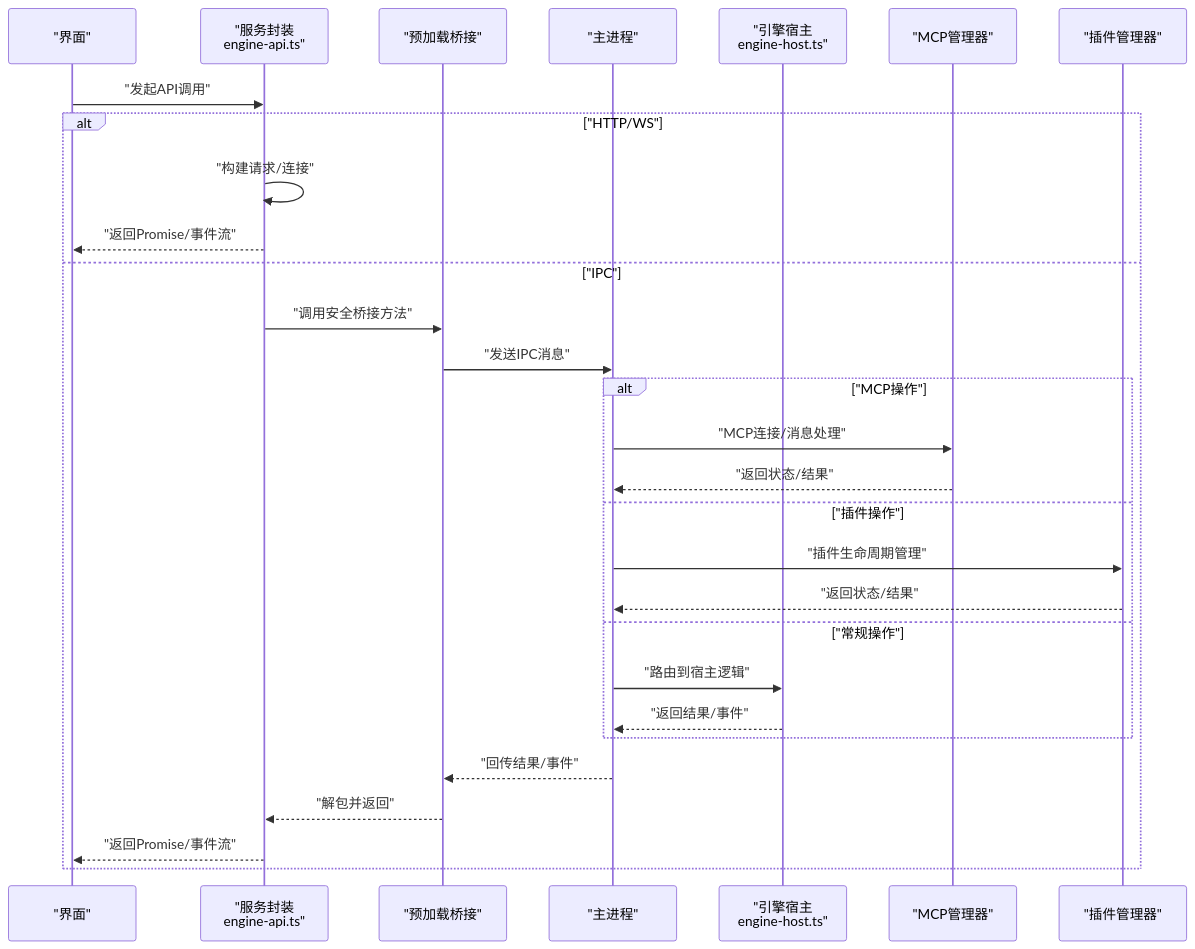
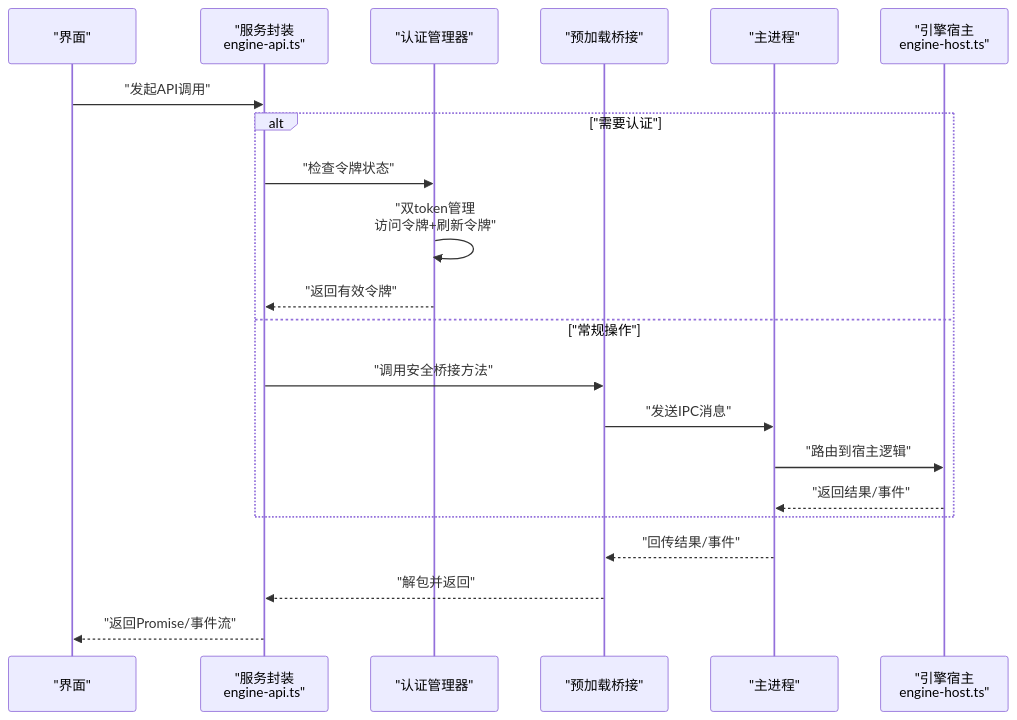
One commit to kkutysllb/KCoder changed the second of 7 diagrams in .qoder/repowiki/zh/content/前端架构/API集成层.md. Above: the diagram before and after it, drawn with Mermaid. The commit also changed other lines of this file and 141 other files, not shown here.

````diff
--- a/.qoder/repowiki/zh/content/前端架构/API集成层.md
+++ b/.qoder/repowiki/zh/content/前端架构/API集成层.md
@@ -98,31 +100,23 @@
 ```mermaid
 sequenceDiagram
 participant UI as "界面"
 participant Svc as "服务封装<br/>engine-api.ts"
+participant Auth as "认证管理器"
 participant Pre as "预加载桥接"
 participant Main as "主进程"
 participant Host as "引擎宿主<br/>engine-host.ts"
-participant MCP as "MCP管理器"
-participant Plugin as "插件管理器"
 UI->>Svc : "发起API调用"
-alt "HTTP/WS"
-Svc->>Svc : "构建请求/连接"
-Svc-->>UI : "返回Promise/事件流"
-else "IPC"
+alt "需要认证"
+Svc->>Auth : "检查令牌状态"
+Auth->>Auth : "双token管理<br/>访问令牌+刷新令牌"
+Auth-->>Svc : "返回有效令牌"
+else "常规操作"
 Svc->>Pre : "调用安全桥接方法"
 Pre->>Main : "发送IPC消息"
-alt "MCP操作"
-Main->>MCP : "MCP连接/消息处理"
-MCP-->>Main : "返回状态/结果"
-else "插件操作"
-Main->>Plugin : "插件生命周期管理"
-Plugin-->>Main : "返回状态/结果"
-else "常规操作"
 Main->>Host : "路由到宿主逻辑"
 Host-->>Main : "返回结果/事件"
 end
 Main-->>Pre : "回传结果/事件"
 Pre-->>Svc : "解包并返回"
 Svc-->>UI : "返回Promise/事件流"
-end
 ```
````
